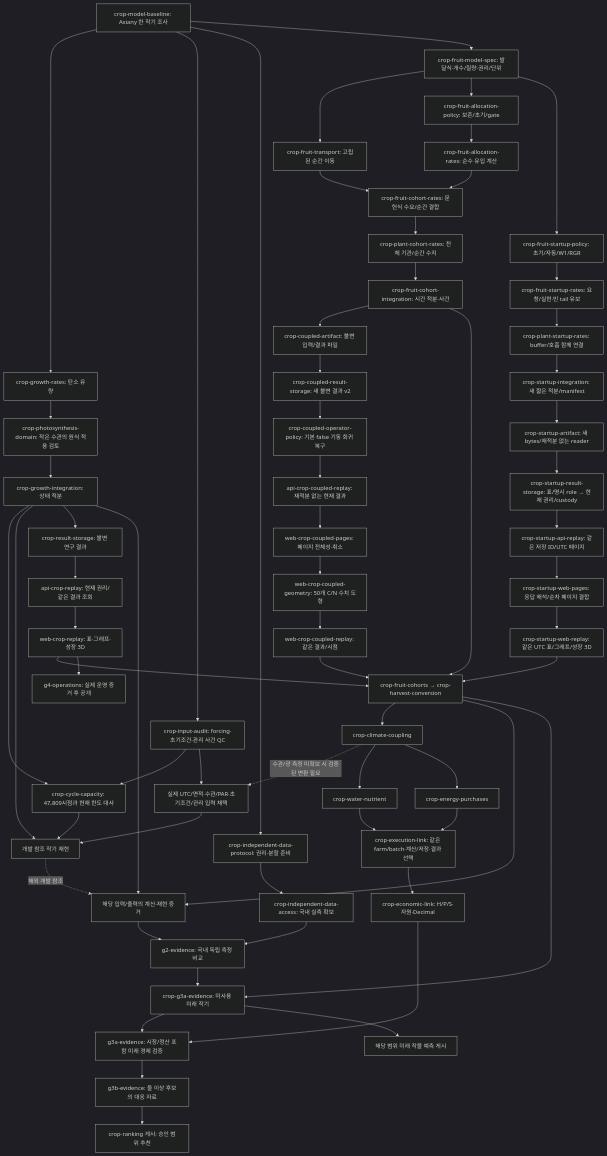
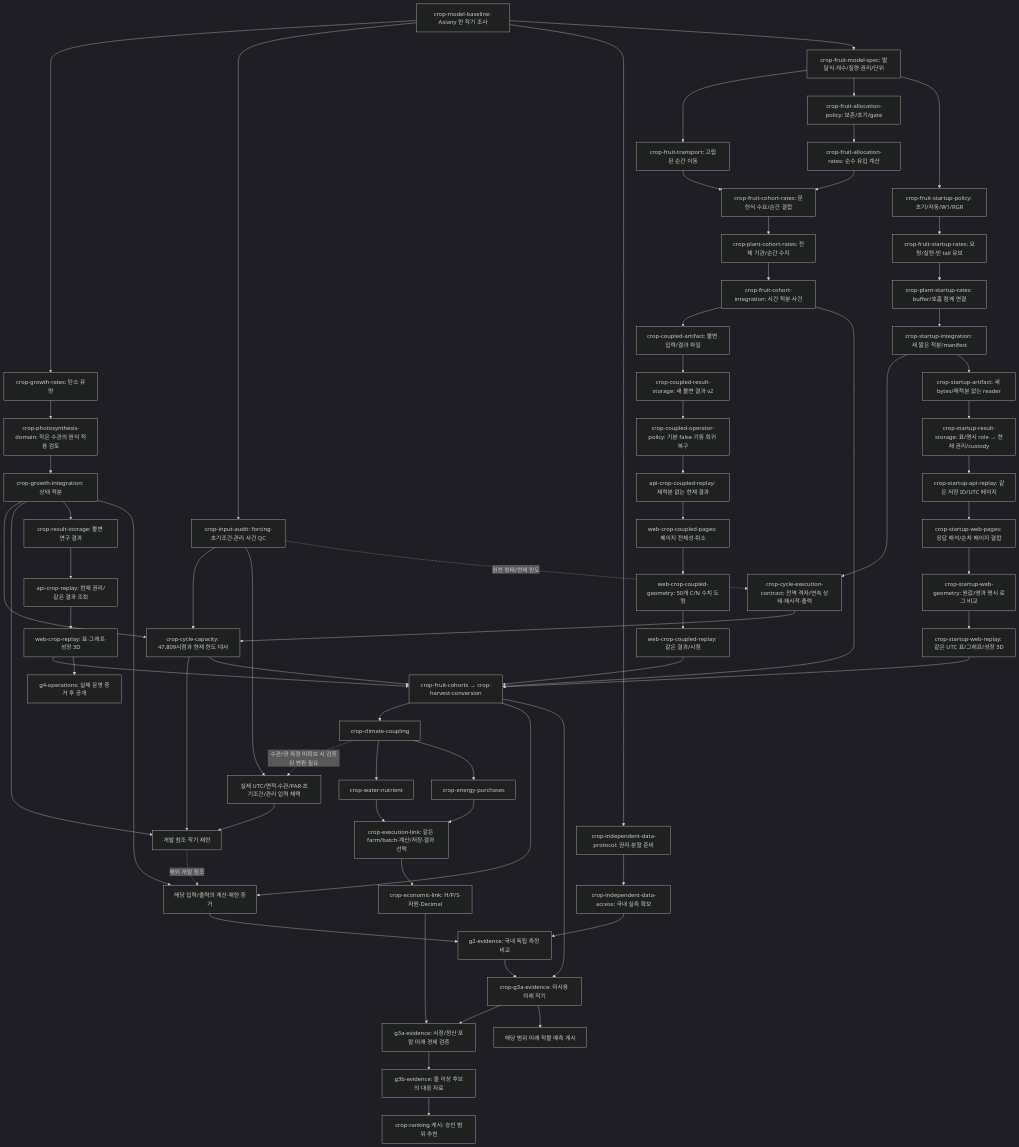
The first of 2 diagrams in tasks/plan.md (KIMSUNGHOON/OpenSmartFarmSim), drawn with Mermaid (dark theme) before and after one commit. The commit also changed other lines of this file and 11 other files, not shown here.

Commit message:
docs: accept saved startup research 3D and prioritize whole cycle execution

````diff
--- a/tasks/plan.md
+++ b/tasks/plan.md
@@ -91,66 +96,71 @@
 ```mermaid
 flowchart TD
   B["crop-model-baseline: Axiany 한 작기 조사"] --> R["crop-growth-rates: 탄소 유량"]
   B --> Q["crop-input-audit: forcing·초기조건·관리 사건 QC"]
   B --> AP["crop-independent-data-protocol: 권리·분할 준비"]
   AP --> A["crop-independent-data-access: 국내 실측 확보"]
   R --> D["crop-photosynthesis-domain: 작은 수관의 원식 적용 검토"]
   D --> I["crop-growth-integration: 상태 적분"]
   Q --> CAP["crop-cycle-capacity: 47,809시점과 현재 한도 대사"]
   I --> CAP
   CAP --> X["개발 참조 작기 재현"]
   Q --> AQ["실제 UTC/면적·수관/PAR·초기조건/관리 입력 채택"]
   AQ --> X
   I --> X
   I --> S["crop-result-storage: 불변 연구 결과"]
   S --> API["api-crop-replay: 현재 권리/같은 결과 조회"]
   API --> V["web-crop-replay: 표·그래프·성장 3D"]
   B --> FM["crop-fruit-model-spec: 발달식·개수/질량·권리/단위"]
   FM --> FT["crop-fruit-transport: 고립된 순간 이동"]
   FM --> FP["crop-fruit-allocation-policy: 보존/초기/gate"]
   FT --> CR["crop-fruit-cohort-rates: 문헌식 수요/순간 결합"]
   FP --> FA["crop-fruit-allocation-rates: 순수 유입 계산"]
   FA --> CR
   CR --> PC["crop-plant-cohort-rates: 전체 기관/순간 수지"]
   PC --> CI["crop-fruit-cohort-integration: 시간 적분·사건"]
   CI --> AF["crop-coupled-artifact: 불변 입력/결과 파일"]
   AF --> CS["crop-coupled-result-storage: 새 불변 결과 v2"]
   CS --> CP["crop-coupled-operator-policy: 기본 false 기동 회귀 복구"]
   CP --> CA["api-crop-coupled-replay: 재적분 없는 현재 결과"]
   CA --> WP["web-crop-coupled-pages: 페이지 전체성·취소"]
   WP --> WG["web-crop-coupled-geometry: 50개 C/N 수치 도형"]
   WG --> CV["web-crop-coupled-replay: 같은 결과/시점"]
   FM --> ST["crop-fruit-startup-policy: 초기/자동/W1/RGR"]
   ST --> SA["crop-fruit-startup-rates: 요청/실현·빈 tail 유보"]
   SA --> SC["crop-plant-startup-rates: buffer/호흡 함께 연결"]
   SC --> SI["crop-startup-integration: 새 짧은 적분/manifest"]
+  SI --> CC["crop-cycle-execution-contract: 전역 격자/연속 상태·재시작·출력"]
+  Q -. 원천 형태/현재 한도 .-> CC
+  CC --> CAP
   SI --> SF["crop-startup-artifact: 새 bytes/재적분 없는 reader"]
   SF --> SS["crop-startup-result-storage: 표/명시 role → 현재 권리/custody"]
   SS --> SP["crop-startup-api-replay: 같은 저장 ID/UTC 페이지"]
   SP --> SD["crop-startup-web-pages: 응답 해석/순차 페이지 결합"]
-  SD --> SL["crop-startup-web-replay: 같은 UTC 표/그래프/성장 3D"]
+  SD --> SG["crop-startup-web-geometry: 원값/영과 명시 로그 비교"]
+  SG --> SL["crop-startup-web-replay: 같은 UTC 표/그래프/성장 3D"]
   CI --> F["crop-fruit-cohorts → crop-harvest-conversion"]
   SL --> F
+  CAP --> F
   V --> F
   CV --> F
   F --> C["crop-climate-coupling"]
   C -. 수관/광 측정 미확보 시 검증된 변환 필요 .-> AQ
   C --> W["crop-water-nutrient"]
   C --> E["crop-energy-purchases"]
   W --> L["crop-execution-link: 같은 farm/batch·계산/저장·결과 선택"]
   E --> L
   L --> M["crop-economic-link: H/P/S·자원·Decimal"]
   A --> G2["g2-evidence: 국내 독립 측정 비교"]
   I --> CALC["해당 입력/출력의 계산·재현 증거"]
   F --> CALC
   X -. 해외 개발 참조 .-> CALC
   CALC --> G2
   G2 --> G3A["crop-g3a-evidence: 미사용 미래 작기"]
   F --> G3A
   M --> EC["g3a-evidence: 시장/정산 포함 미래 경제 검증"]
   G3A --> EC
   G3A --> P["해당 범위 미래 작물 예측 게시"]
   EC --> PAIR["g3b-evidence: 둘 이상 후보의 대응 자료"]
   PAIR --> REC["crop-ranking 게시: 승인 범위 추천"]
   V --> PUB["g4-operations: 실제 운영 증거 후 공개"]
 ```
````
